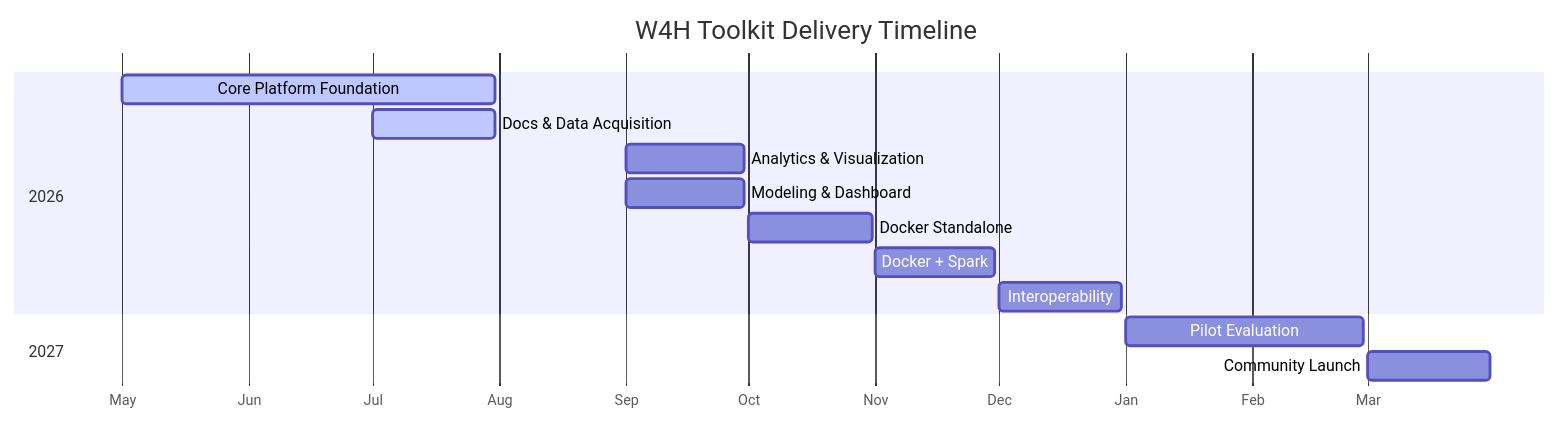
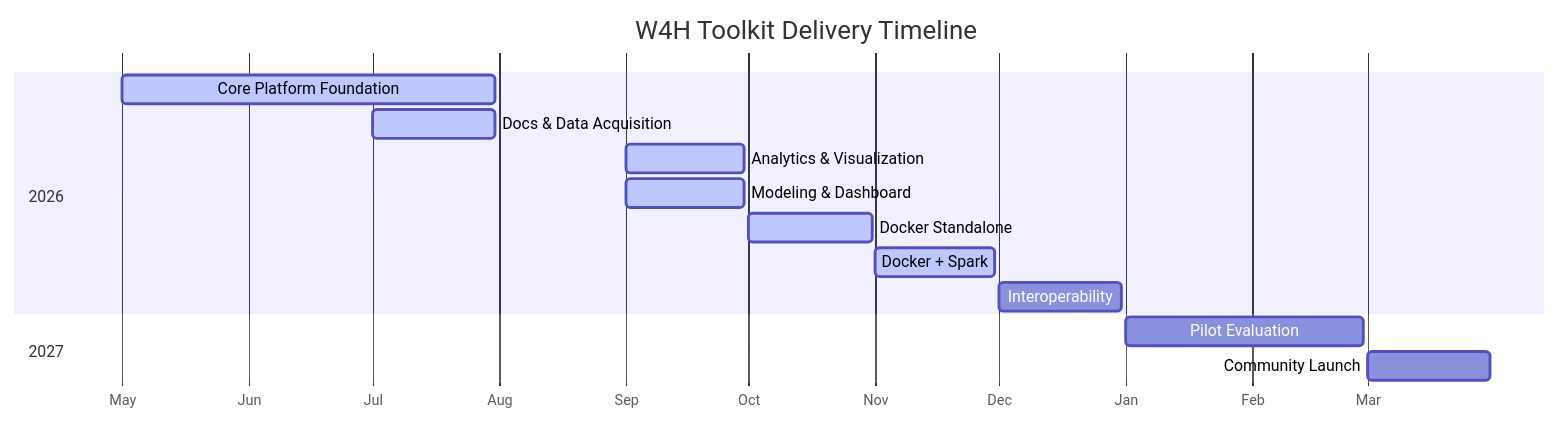
The second of 3 diagrams in dev/mvp.md (USC-InfoLab/w4h-docs), drawn with Mermaid before and after one commit. The commit also changed other lines of this file and 27 other files, not shown here.

````diff
--- a/dev/mvp.md
+++ b/dev/mvp.md
@@ -618,19 +659,19 @@
 ```mermaid
 gantt
     title W4H Toolkit Delivery Timeline
     dateFormat YYYY-MM-DD
     axisFormat %b
 
     section 2026
     Core Platform Foundation         :active, m1, 2026-05-01, 2026-07-31
     Docs & Data Acquisition          :active, m2, 2026-07-01, 2026-07-31
-    Analytics & Visualization        :m3,     2026-09-01, 2026-09-30
-    Modeling & Dashboard             :m4,     2026-09-01, 2026-09-30
-    Docker Standalone                :m5,     2026-10-01, 2026-10-31
-    Docker + Spark                   :m6,     2026-11-01, 2026-11-30
+    Analytics & Visualization        :active, m3, 2026-09-01, 2026-09-30
+    Modeling & Dashboard             :active, m4, 2026-09-01, 2026-09-30
+    Docker Standalone                :active, m5, 2026-10-01, 2026-10-31
+    Docker + Spark                   :active, m6,     2026-11-01, 2026-11-30
     Interoperability                 :m7,     2026-12-01, 2026-12-31
 
     section 2027
     Pilot Evaluation                 :m8,     2027-01-01, 2027-02-28
     Community Launch                 :m9,     2027-03-01, 2027-03-31
 ```
````
